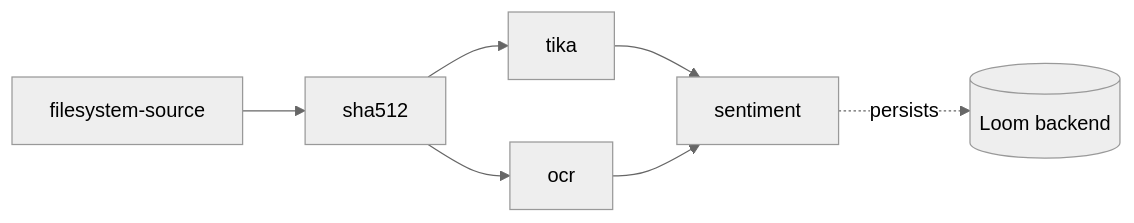
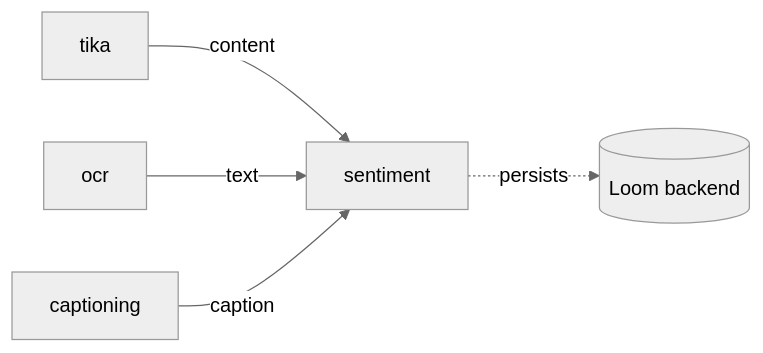
The second of 2 diagrams in spec/features/pipeline-nodes/NODE_SENTIMENT_PLAN.md (metaloom/metaloom), drawn with Mermaid (neutral theme) before and after one commit. The commit also changed other lines of this file and 53 other files, not shown here.

````diff
--- a/spec/features/pipeline-nodes/NODE_SENTIMENT_PLAN.md
+++ b/spec/features/pipeline-nodes/NODE_SENTIMENT_PLAN.md
@@ -247,9 +77,7 @@
 ```mermaid
 flowchart LR
-    FS[filesystem-source] --> SHA[sha512]
-    SHA --> TIKA[tika]
-    SHA --> OCR[ocr]
-    TIKA --> SENT[sentiment]
-    OCR --> SENT
+    TIKA[tika] -- content --> SENT[sentiment]
+    OCR[ocr] -- text --> SENT
+    CAP[captioning] -- caption --> SENT
     SENT -.persists.-> LOOM[(Loom backend)]
 ```
````
